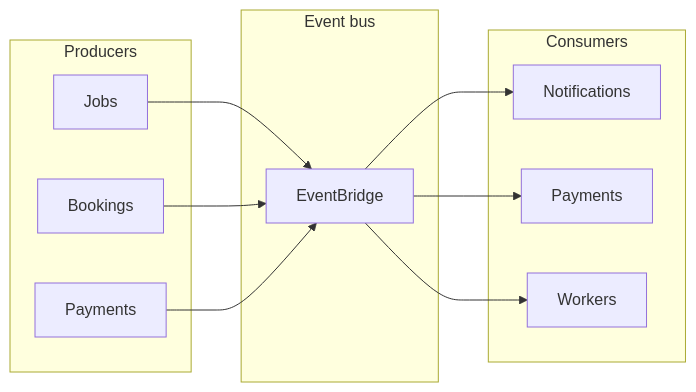
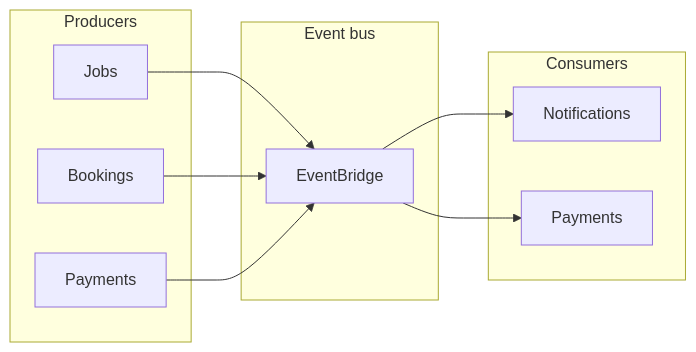
Before and after one commit to oukhali99/gig-platform-demo: the diagram in docs/05-event-contracts.md, drawn with Mermaid. The commit also changed other lines of this file and 14 other files, not shown here.

````diff
--- a/docs/05-event-contracts.md
+++ b/docs/05-event-contracts.md
@@ -5,22 +5,20 @@
 ```mermaid
 flowchart LR
   subgraph producers [Producers]
     Jobs[Jobs]
     Bookings[Bookings]
     Payments[Payments]
   end
   subgraph bus [Event bus]
     EB[EventBridge]
   end
   subgraph consumers [Consumers]
     Notif[Notifications]
     Pay[Payments]
-    Workers[Workers]
   end
   Jobs --> EB
   Bookings --> EB
   Payments --> EB
   EB --> Notif
   EB --> Pay
-  EB --> Workers
 ```
````
